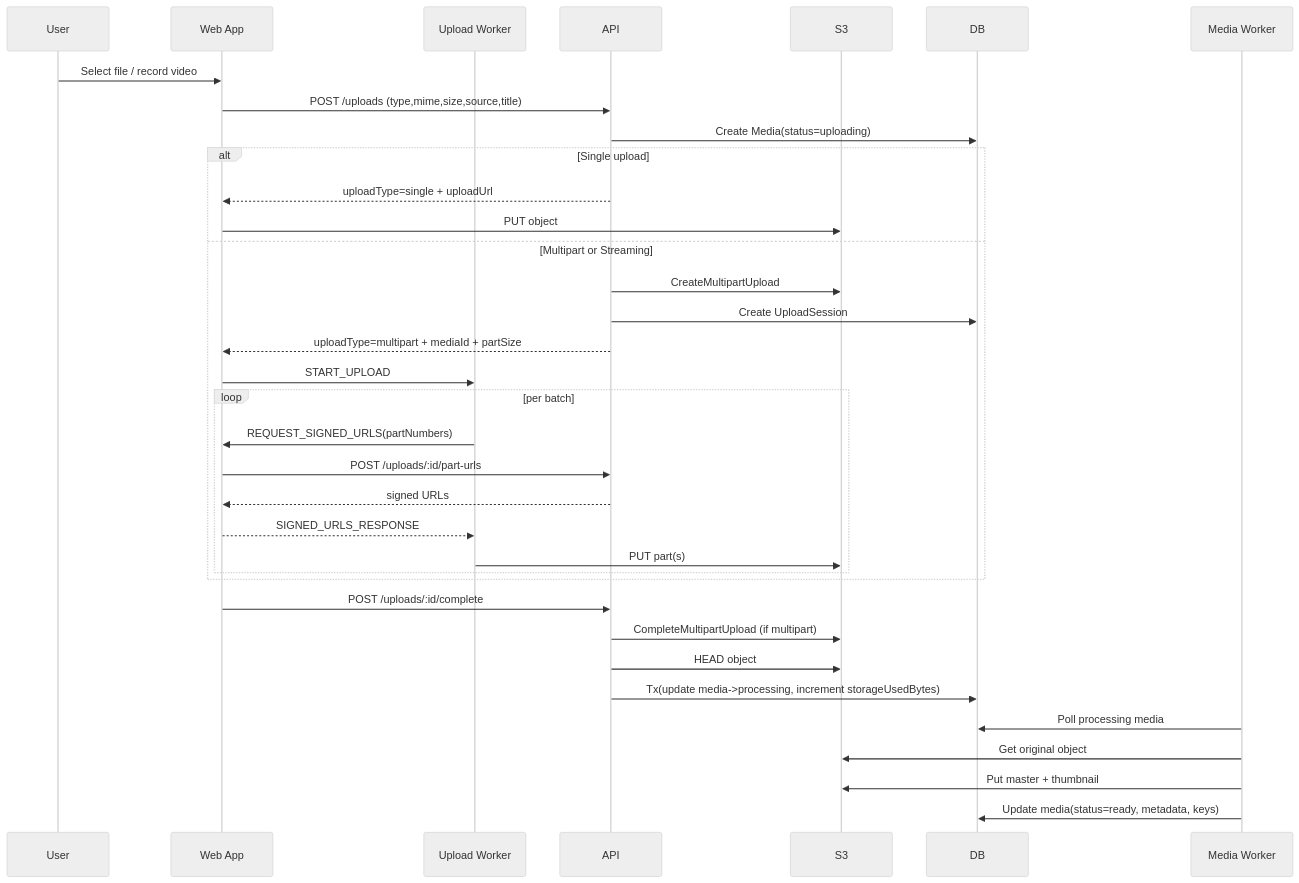
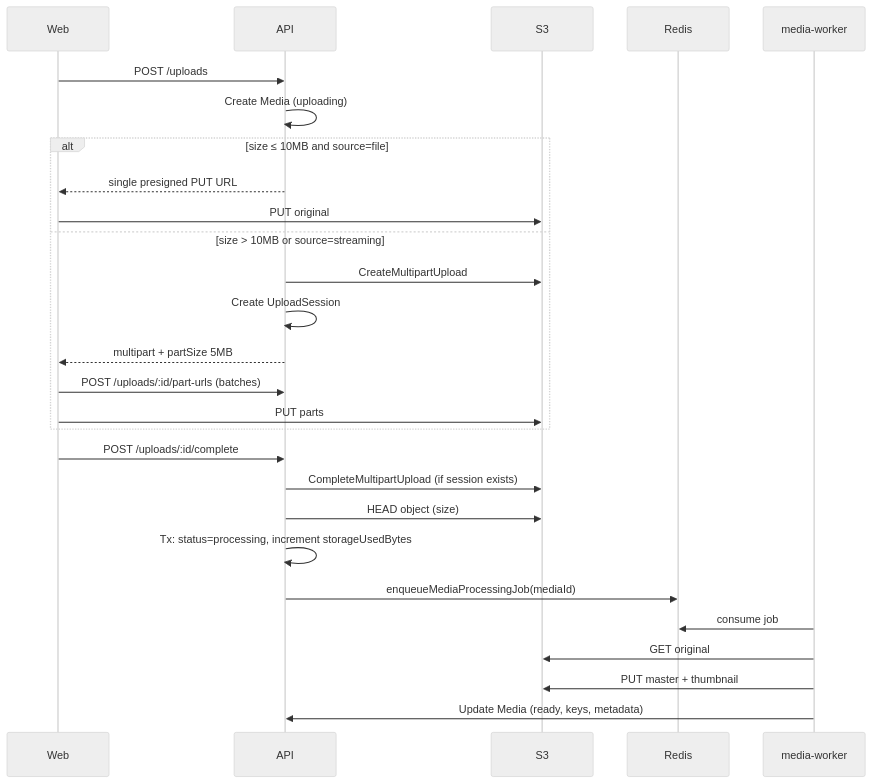
Before and after one commit to vinayak-jaybhaye/gallery: the third of 3 diagrams in apps/docs/01-overview/system-architecture.md, drawn with Mermaid (neutral theme). The commit also changed other lines of this file and 18 other files, not shown here.

Commit message:
feat(docs): update documentation and add Redis service for media processing

````diff
--- a/apps/docs/01-overview/system-architecture.md
+++ b/apps/docs/01-overview/system-architecture.md
@@ -314,38 +100,30 @@
 ```mermaid
 sequenceDiagram
-  participant U as User
-  participant W as Web App
-  participant WW as Upload Worker
+  participant W as Web
   participant A as API
   participant S as S3
-  participant D as DB
-  participant MW as Media Worker
+  participant R as Redis
+  participant MW as media-worker
 
-  U->>W: Select file / record video
-  W->>A: POST /uploads (type,mime,size,source,title)
-  A->>D: Create Media(status=uploading)
-  alt Single upload
-    A-->>W: uploadType=single + uploadUrl
-    W->>S: PUT object
-  else Multipart or Streaming
+  W->>A: POST /uploads
+  A->>A: Create Media (uploading)
+  alt size ≤ 10MB and source=file
+    A-->>W: single presigned PUT URL
+    W->>S: PUT original
+  else size > 10MB or source=streaming
     A->>S: CreateMultipartUpload
-    A->>D: Create UploadSession
-    A-->>W: uploadType=multipart + mediaId + partSize
-    W->>WW: START_UPLOAD
-    loop per batch
-      WW->>W: REQUEST_SIGNED_URLS(partNumbers)
-      W->>A: POST /uploads/:id/part-urls
-      A-->>W: signed URLs
-      W-->>WW: SIGNED_URLS_RESPONSE
-      WW->>S: PUT part(s)
-    end
+    A->>A: Create UploadSession
+    A-->>W: multipart + partSize 5MB
+    W->>A: POST /uploads/:id/part-urls (batches)
+    W->>S: PUT parts
   end
   W->>A: POST /uploads/:id/complete
-  A->>S: CompleteMultipartUpload (if multipart)
-  A->>S: HEAD object
-  A->>D: Tx(update media->processing, increment storageUsedBytes)
-  MW->>D: Poll processing media
-  MW->>S: Get original object
-  MW->>S: Put master + thumbnail
-  MW->>D: Update media(status=ready, metadata, keys)
+  A->>S: CompleteMultipartUpload (if session exists)
+  A->>S: HEAD object (size)
+  A->>A: Tx: status=processing, increment storageUsedBytes
+  A->>R: enqueueMediaProcessingJob(mediaId)
+  MW->>R: consume job
+  MW->>S: GET original
+  MW->>S: PUT master + thumbnail
+  MW->>A: Update Media (ready, keys, metadata)
 ```
````
